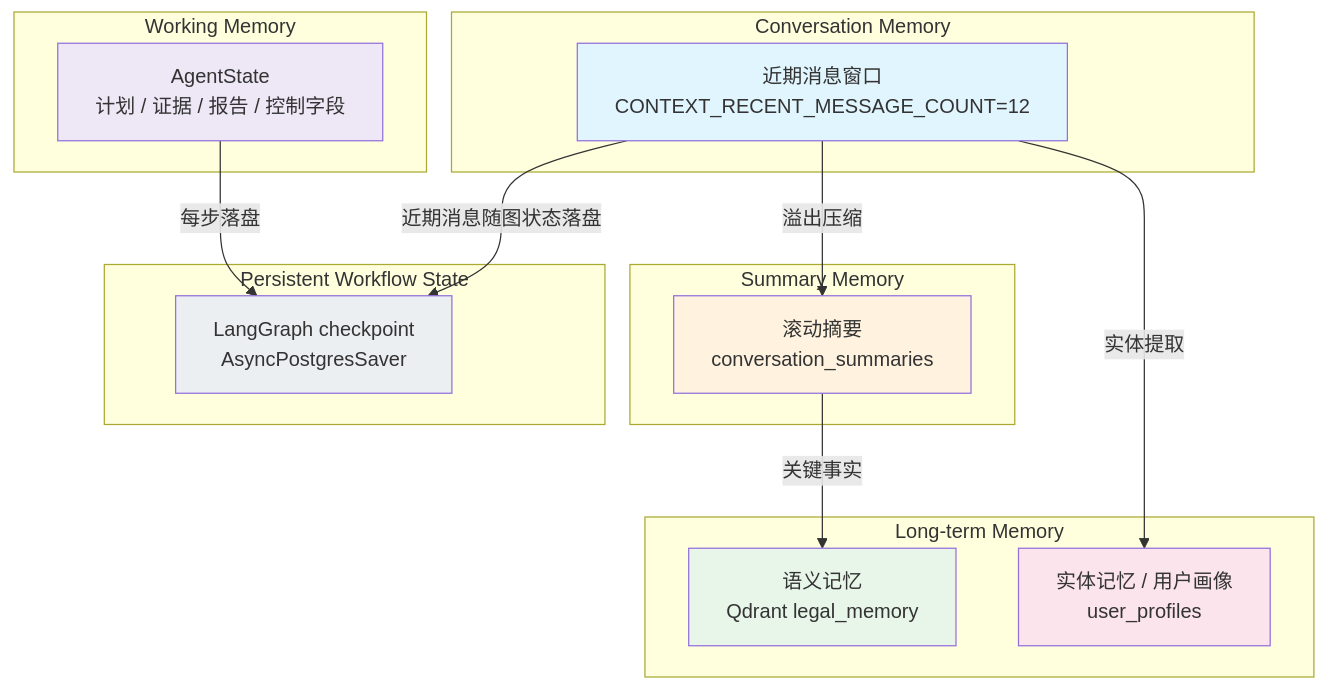
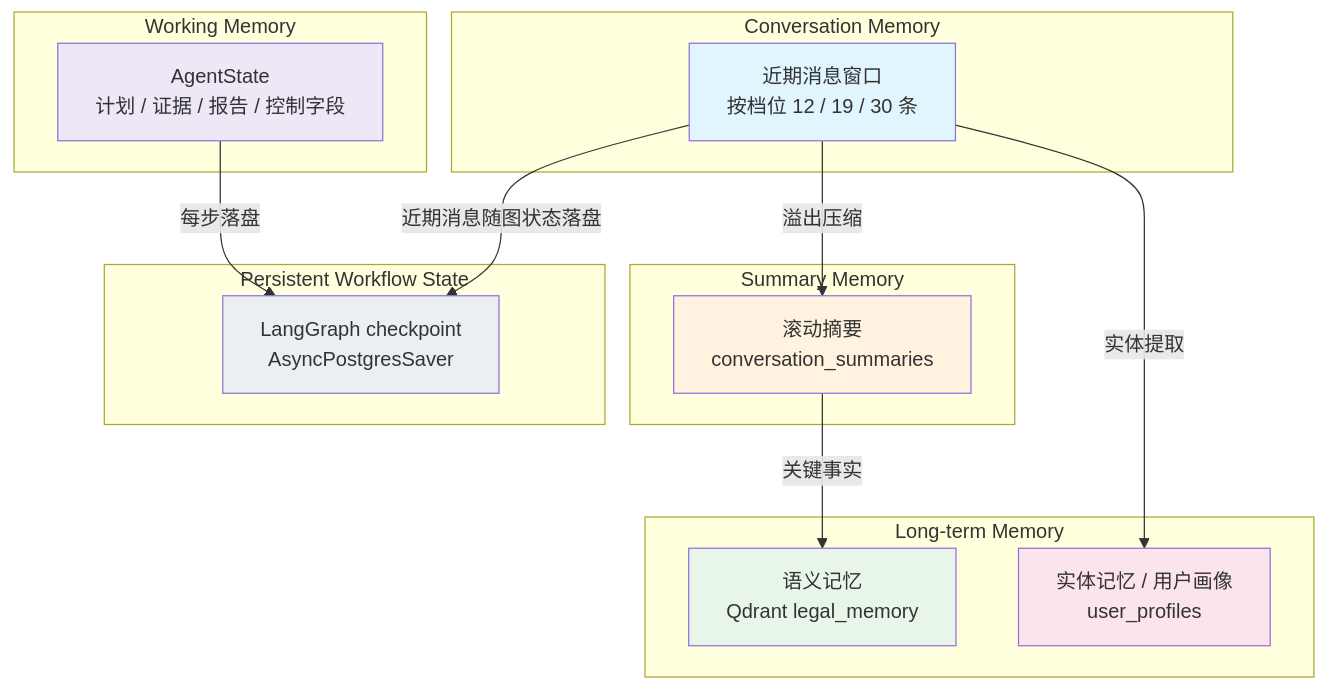
The second of 2 diagrams in docs/sequences/memory-flow.md (uuo00n/lexcore-legal-agent), drawn with Mermaid before and after one commit. The commit also changed other lines of this file and 13 other files, not shown here.

````diff
--- a/docs/sequences/memory-flow.md
+++ b/docs/sequences/memory-flow.md
@@ -41,36 +41,36 @@
 ```mermaid
 graph TB
     subgraph WM["Working Memory"]
         WS[AgentState<br/>计划 / 证据 / 报告 / 控制字段]
     end
 
     subgraph 短期["Conversation Memory"]
-        SW[近期消息窗口<br/>CONTEXT_RECENT_MESSAGE_COUNT=12]
+        SW[近期消息窗口<br/>按档位 12 / 19 / 30 条]
     end
 
     subgraph 中期["Summary Memory"]
         SUM[滚动摘要<br/>conversation_summaries]
     end
 
     subgraph 长期["Long-term Memory"]
         LTM[语义记忆<br/>Qdrant legal_memory]
         PROF[实体记忆 / 用户画像<br/>user_profiles]
     end
 
     subgraph 状态["Persistent Workflow State"]
         CKPT[LangGraph checkpoint<br/>AsyncPostgresSaver]
     end
 
     SW -->|溢出压缩| SUM
     SUM -->|关键事实| LTM
     SW -->|实体提取| PROF
     WS -->|每步落盘| CKPT
     SW -->|近期消息随图状态落盘| CKPT
 
     style WS fill:#ede7f6
     style SW fill:#e1f5fe
     style SUM fill:#fff3e0
     style LTM fill:#e8f5e9
     style PROF fill:#fce4ec
     style CKPT fill:#eceff1
 ```
````
